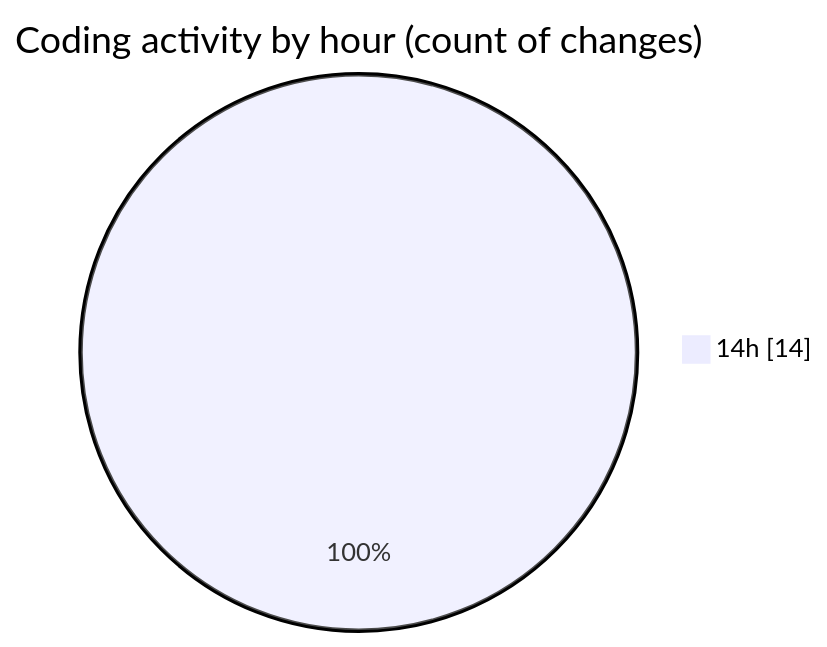
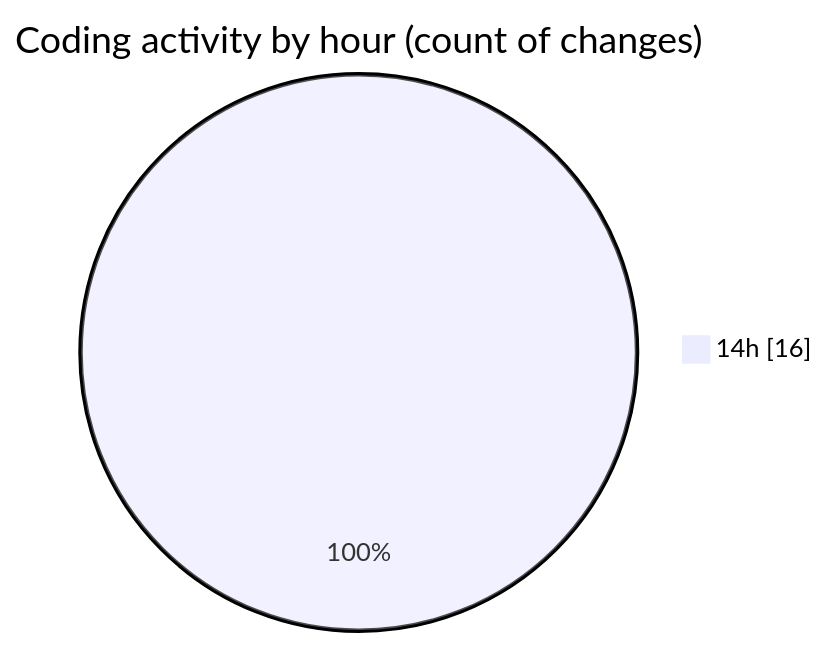
One commit to lephambinh05/code-tracking changed the second of 2 diagrams in 2025-09-12/hiai-phf/README.md. Above: the diagram before and after it, drawn with Mermaid. The commit also changed other lines of this file and 1 other file, not shown here.

````diff
--- a/2025-09-12/hiai-phf/README.md
+++ b/2025-09-12/hiai-phf/README.md
@@ -35,5 +35,5 @@
 ```mermaid
 pie showData
 title Coding activity by hour (count of changes)
-"14h" : 14
+"14h" : 16
 ```
````
